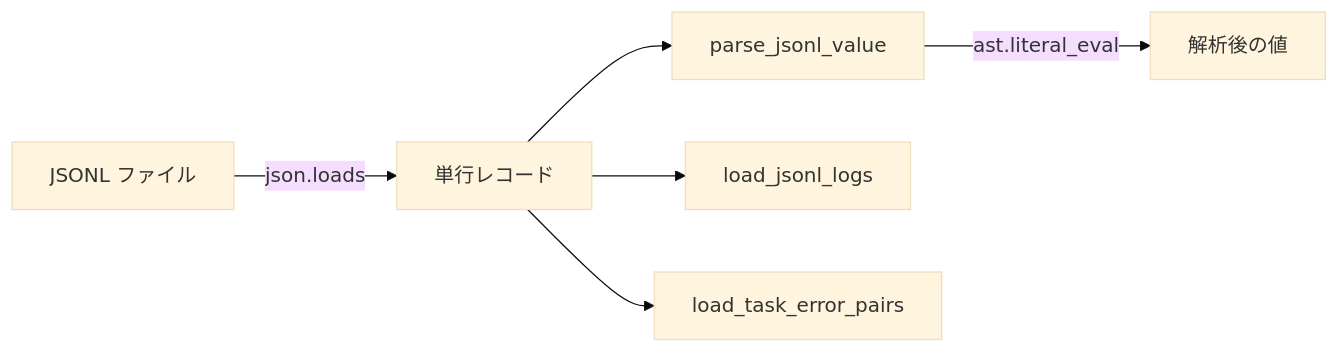
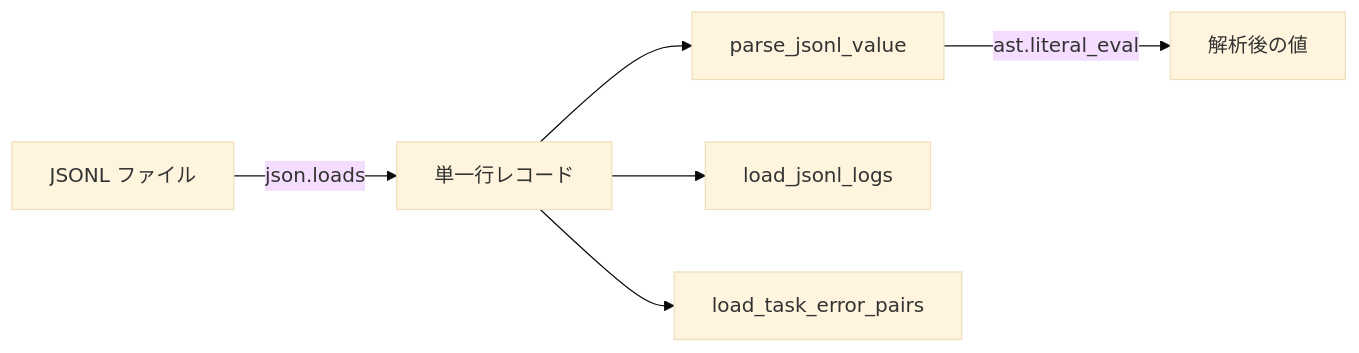
The diagram in docs/ja/src/persistence/util_jsonl.md (Mr-xiaotian/CelestialFlow), drawn with Mermaid (base theme) before and after one commit. The commit also changed other lines of this file and 278 other files, not shown here.

````diff
--- a/docs/ja/src/persistence/util_jsonl.md
+++ b/docs/ja/src/persistence/util_jsonl.md
@@ -45,8 +46,8 @@
 ```mermaid
 flowchart LR
-    JSONL[JSONL ファイル] -->|json.loads| Row[単行レコード]
+    JSONL[JSONL ファイル] -->|json.loads| Row[単一行レコード]
     Row --> parse_jsonl_value
     parse_jsonl_value -->|ast.literal_eval| Parsed[解析後の値]
     Row --> load_jsonl_logs[load_jsonl_logs]
     Row --> load_task_error_pairs[load_task_error_pairs]
 ```
````
